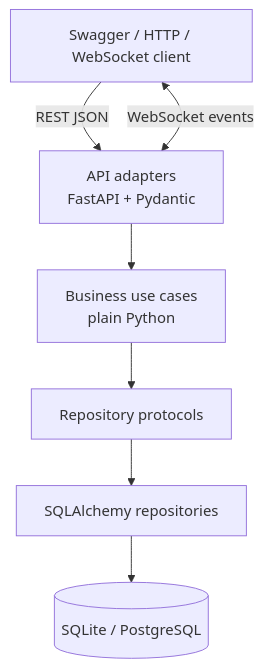
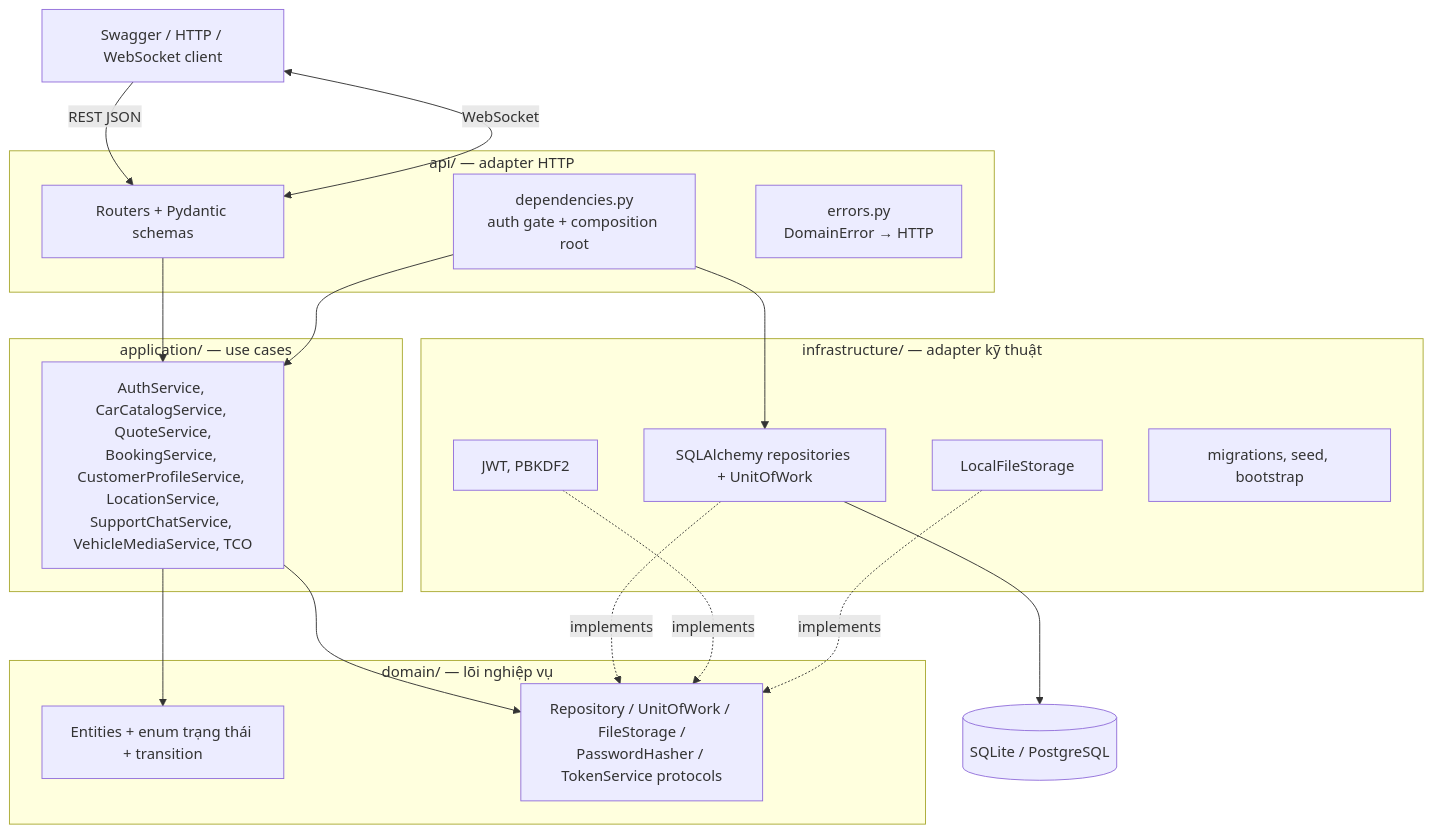
Before and after one commit to vietsosad/Vinfast_Digital_Showroom: the first of 3 diagrams in docs/ARCHITECTURE.md, drawn with Mermaid. The commit also changed other lines of this file and 10 other files, not shown here.

````diff
--- a/docs/ARCHITECTURE.md
+++ b/docs/ARCHITECTURE.md
@@ -9,16 +9,35 @@
 ```mermaid
 flowchart TB
     Client[Swagger / HTTP / WebSocket client]
-    API[API adapters<br/>FastAPI + Pydantic]
-    Business[Business use cases<br/>plain Python]
-    Port[Repository protocols]
-    Adapter[SQLAlchemy repositories]
+    subgraph API["api/ — adapter HTTP"]
+        Routers[Routers + Pydantic schemas]
+        Deps[dependencies.py<br/>auth gate + composition root]
+        Errors[errors.py<br/>DomainError → HTTP]
+    end
+    subgraph APP["application/ — use cases"]
+        UC[AuthService, CarCatalogService, QuoteService,<br/>BookingService, CustomerProfileService, LocationService,<br/>SupportChatService, VehicleMediaService, TCO]
+    end
+    subgraph DOMAIN["domain/ — lõi nghiệp vụ"]
+        Entities[Entities + enum trạng thái + transition]
+        Ports[Repository / UnitOfWork / FileStorage /<br/>PasswordHasher / TokenService protocols]
+    end
+    subgraph INFRA["infrastructure/ — adapter kỹ thuật"]
+        Repos[SQLAlchemy repositories + UnitOfWork]
+        Sec[JWT, PBKDF2]
+        Files[LocalFileStorage]
+        Boot[migrations, seed, bootstrap]
+    end
     DB[(SQLite / PostgreSQL)]
 
-    Client -->|REST JSON| API
-    Client <-->|WebSocket events| API
-    API --> Business
-    Business --> Port
-    Port --> Adapter
-    Adapter --> DB
+    Client -->|REST JSON| Routers
+    Client <-->|WebSocket| Routers
+    Routers --> UC
+    Deps --> UC
+    UC --> Entities
+    UC --> Ports
+    Repos -. implements .-> Ports
+    Sec -. implements .-> Ports
+    Files -. implements .-> Ports
+    Deps --> Repos
+    Repos --> DB
 ```
````
